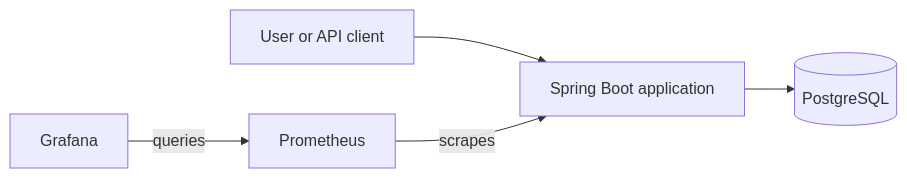
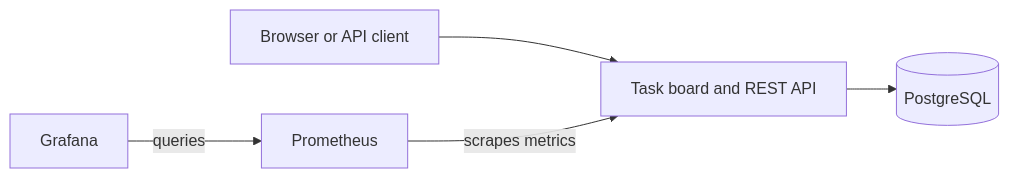
Before and after one commit to istvandezsi/java-cloud-platform-lab: the diagram in README.md, drawn with Mermaid. The commit also changed other lines of this file and 4 other files, not shown here.

````diff
--- a/README.md
+++ b/README.md
@@ -138,13 +95,13 @@
 ```mermaid
 flowchart LR
-    User[User or API client]
-    Application[Spring Boot application]
+    Client[Browser or API client]
+    Application[Task board and REST API]
     Database[(PostgreSQL)]
-    Metrics[Prometheus]
-    Dashboard[Grafana]
+    Prometheus[Prometheus]
+    Grafana[Grafana]
 
-    User --> Application
+    Client --> Application
     Application --> Database
-    Metrics -->|scrapes| Application
-    Dashboard -->|queries| Metrics
+    Prometheus -->|scrapes metrics| Application
+    Grafana -->|queries| Prometheus
 ```
````
